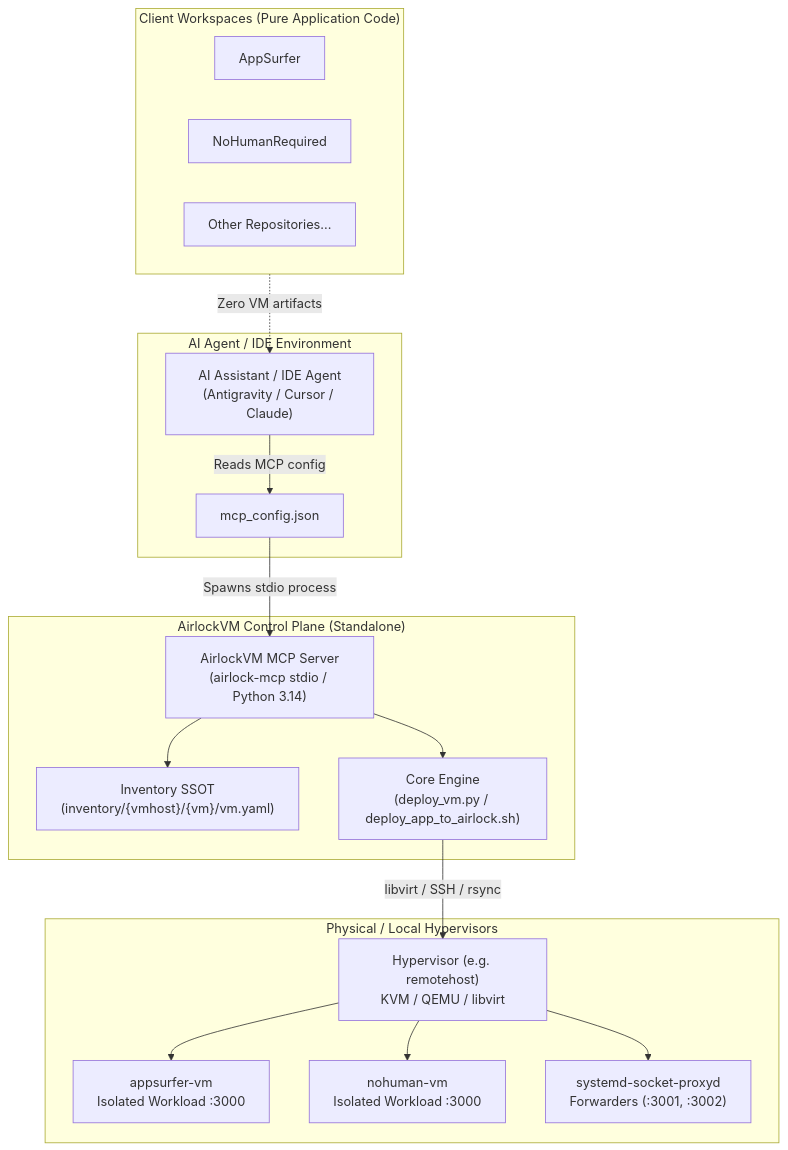
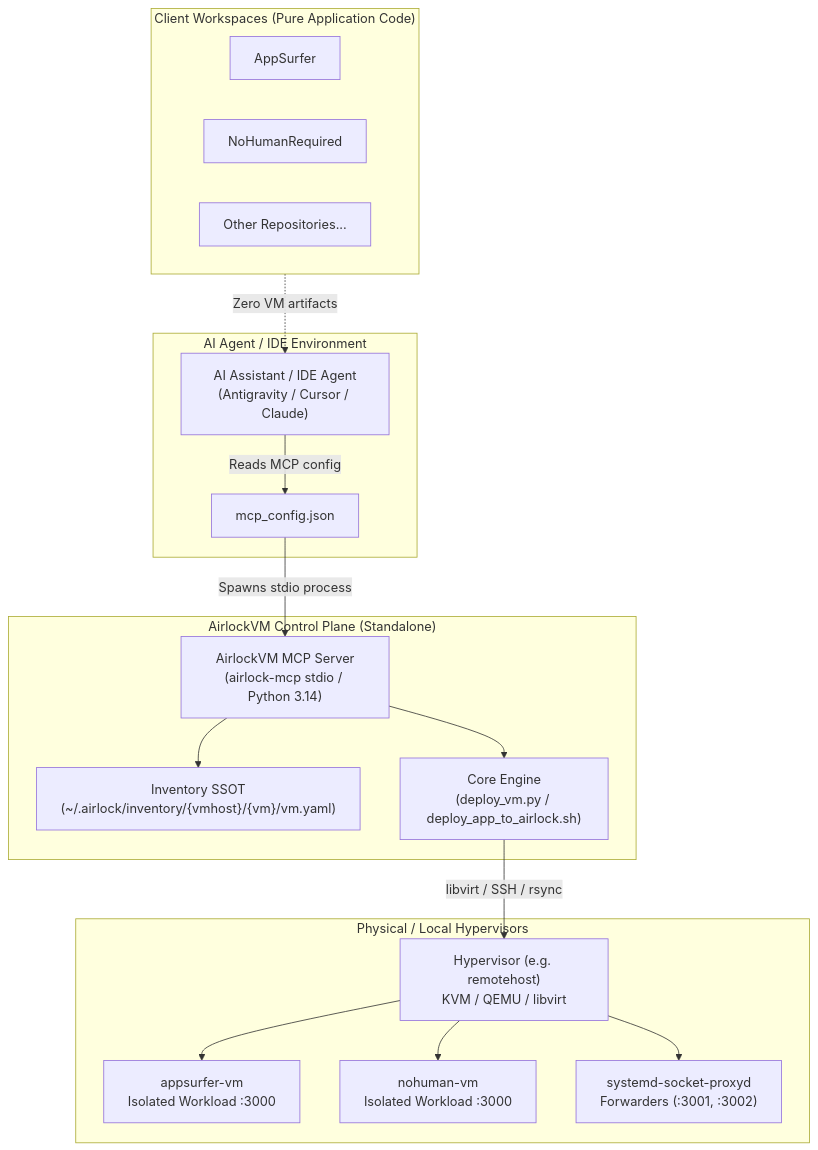
The diagram in docs/MCP_SERVER.md (simplybarter/AirlockVM), drawn with Mermaid before and after one commit. The commit also changed other lines of this file and 2 other files, not shown here.

Commit message:
docs: update inventory architecture, test matrix, and quickstart runbook references

````diff
--- a/docs/MCP_SERVER.md
+++ b/docs/MCP_SERVER.md
@@ -13,36 +13,36 @@
 ```mermaid
 flowchart TD
     subgraph ClientProjects["Client Workspaces (Pure Application Code)"]
         A["AppSurfer"]
         B["NoHumanRequired"]
         C["Other Repositories..."]
     end
 
     subgraph AgentEnvironment["AI Agent / IDE Environment"]
         IDE["AI Assistant / IDE Agent<br/>(Antigravity / Cursor / Claude)"]
         Config["mcp_config.json"]
     end
 
     subgraph AirlockVMControlPlane["AirlockVM Control Plane (Standalone)"]
         MCP["AirlockVM MCP Server<br/>(airlock-mcp stdio / Python 3.14)"]
-        SSOT["Inventory SSOT<br/>(inventory/{vmhost}/{vm}/vm.yaml)"]
+        SSOT["Inventory SSOT<br/>(~/.airlock/inventory/{vmhost}/{vm}/vm.yaml)"]
         Core["Core Engine<br/>(deploy_vm.py / deploy_app_to_airlock.sh)"]
     end
 
     subgraph Hypervisors["Physical / Local Hypervisors"]
         Hyp["Hypervisor (e.g. remotehost)<br/>KVM / QEMU / libvirt"]
         VM1["appsurfer-vm<br/>Isolated Workload :3000"]
         VM2["nohuman-vm<br/>Isolated Workload :3000"]
         Proxy["systemd-socket-proxyd<br/>Forwarders (:3001, :3002)"]
     end
 
     ClientProjects -.->|Zero VM artifacts| IDE
     IDE -->|Reads MCP config| Config
     Config -->|Spawns stdio process| MCP
     MCP --> SSOT
     MCP --> Core
     Core -->|libvirt / SSH / rsync| Hyp
     Hyp --> VM1
     Hyp --> VM2
     Hyp --> Proxy
 ```
````
